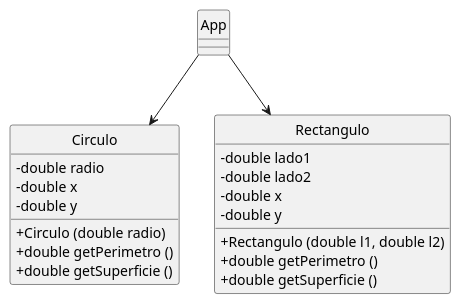
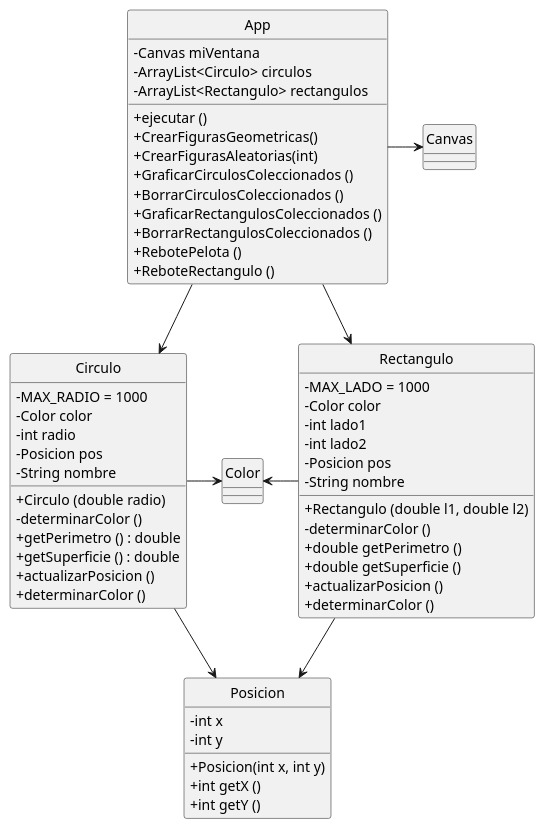
One commit to meschoyez/111mil-2020-PrimerosObjetos changed the diagram in App.puml. Above: the diagram before and after it, drawn with PlantUML. The commit also changed 4 other files, not shown here.

```diff
--- a/App.puml
+++ b/App.puml
@@ -1,28 +1,67 @@
 @startuml App
 
 skinparam ClassAttributeIconSize 0
 hide circle
 
+class App {
+    - Canvas miVentana
+    - ArrayList<Circulo> circulos
+    - ArrayList<Rectangulo> rectangulos
+    + ejecutar ()
+    + CrearFigurasGeometricas()
+    + CrearFigurasAleatorias(int)
+    + GraficarCirculosColeccionados ()
+    + BorrarCirculosColeccionados ()
+    + GraficarRectangulosColeccionados ()
+    + BorrarRectangulosColeccionados ()
+    + RebotePelota ()
+    + ReboteRectangulo ()
+}
+
+class Posicion {
+    - int x
+    - int y
+    + Posicion(int x, int y)
+    + int getX ()
+    + int getY ()
+}
+
 class Circulo {
-    - double radio
-    - double x
-    - double y
+    - MAX_RADIO = 1000
+    - Color color
+    - int radio
+    - Posicion pos
+    - String nombre
     + Circulo (double radio)
-    + double getPerimetro ()
-    + double getSuperficie ()
+    - determinarColor ()
+    + getPerimetro () : double
+    + getSuperficie () : double
+    + actualizarPosicion ()
+    + determinarColor ()
 }
 
 class Rectangulo {
-    - double lado1
-    - double lado2
-    - double x
-    - double y
+    - MAX_LADO = 1000
+    - Color color
+    - int lado1
+    - int lado2
+    - Posicion pos
+    - String nombre
     + Rectangulo (double l1, double l2)
+    - determinarColor ()
     + double getPerimetro ()
     + double getSuperficie ()
+    + actualizarPosicion ()
+    + determinarColor ()
 }
 
 App --> Circulo
 App --> Rectangulo
+App -> Canvas
+
+Circulo --> Posicion
+Circulo -> Color
+Rectangulo -->Posicion
+Color <- Rectangulo
 
 @enduml
```
